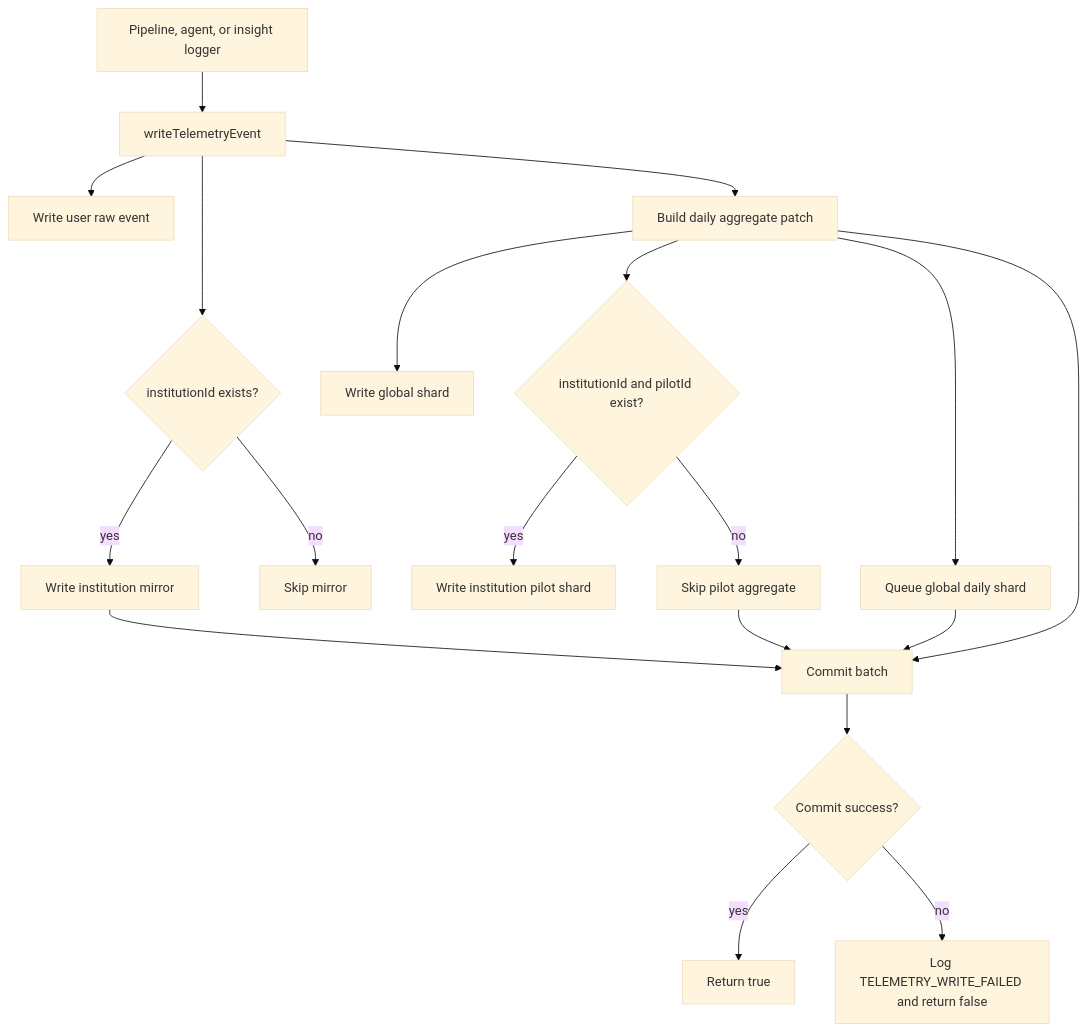
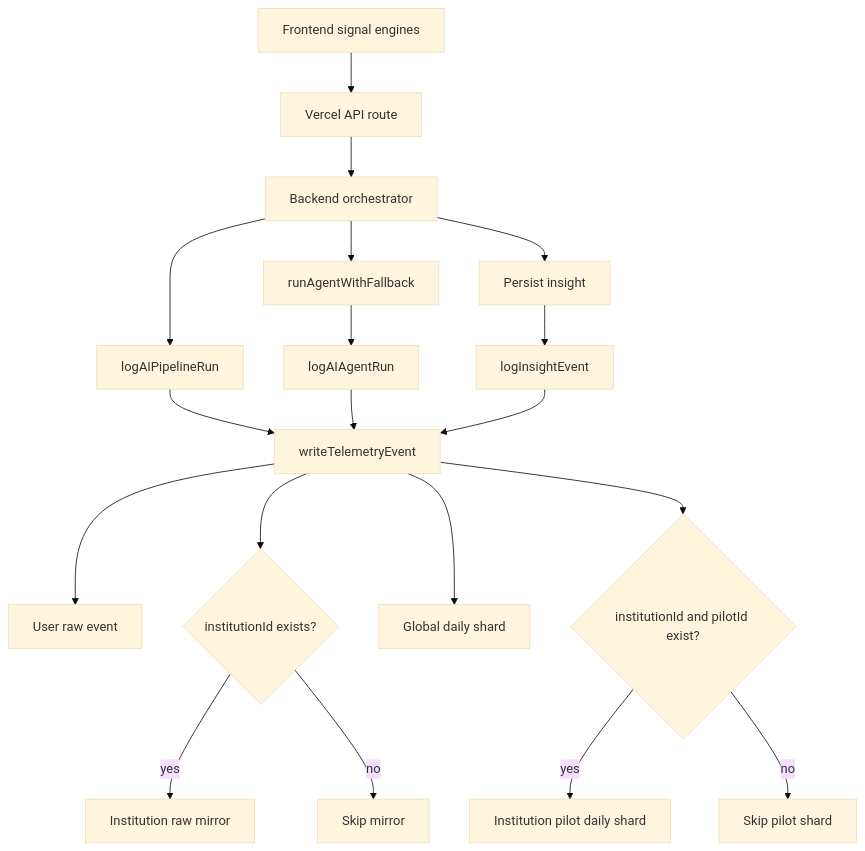
Before and after one commit to socode-dev/smartbudget: the first of 2 diagrams in docs/backend-ai-telemetry.md, drawn with Mermaid (base theme). The commit also changed other lines of this file and 5 other files, not shown here.

Commit message:
docs: update existing documentations to match the current architecture

````diff
--- a/docs/backend-ai-telemetry.md
+++ b/docs/backend-ai-telemetry.md
@@ -134,21 +23,25 @@
 ```mermaid
 flowchart TD
-  A[Pipeline, agent, or insight logger] --> B[writeTelemetryEvent]
-  B --> C[Write user raw event]
-  B --> D{institutionId exists?}
-  D -->|yes| E[Write institution mirror]
-  D -->|no| F[Skip mirror]
-  B --> G[Build daily aggregate patch]
-  G --> H[Write global shard]
-  G --> I{institutionId and pilotId exist?}
-  I -->|yes| J[Write institution pilot shard]
-  I -->|no| K[Skip pilot aggregate]
-  G --> L[Queue global daily shard]
-  E --> M[Commit batch]
-  G --> M
-  K --> M
-  L --> M
-  M --> N{Commit success?}
-  N -->|yes| O[Return true]
-  N -->|no| P[Log TELEMETRY_WRITE_FAILED and return false]
+  A[Frontend signal engines] --> B[Vercel API route]
+  B --> C[Backend orchestrator]
+
+  C --> D[logAIPipelineRun]
+  C --> E[runAgentWithFallback]
+  E --> F[logAIAgentRun]
+  C --> G[Persist insight]
+  G --> H[logInsightEvent]
+
+  D --> I[writeTelemetryEvent]
+  F --> I
+  H --> I
+
+  I --> J[User raw event]
+  I --> K{institutionId exists?}
+  K -->|yes| L[Institution raw mirror]
+  K -->|no| M[Skip mirror]
+
+  I --> N[Global daily shard]
+  I --> O{institutionId and pilotId exist?}
+  O -->|yes| P[Institution pilot daily shard]
+  O -->|no| Q[Skip pilot shard]
 ```
````
